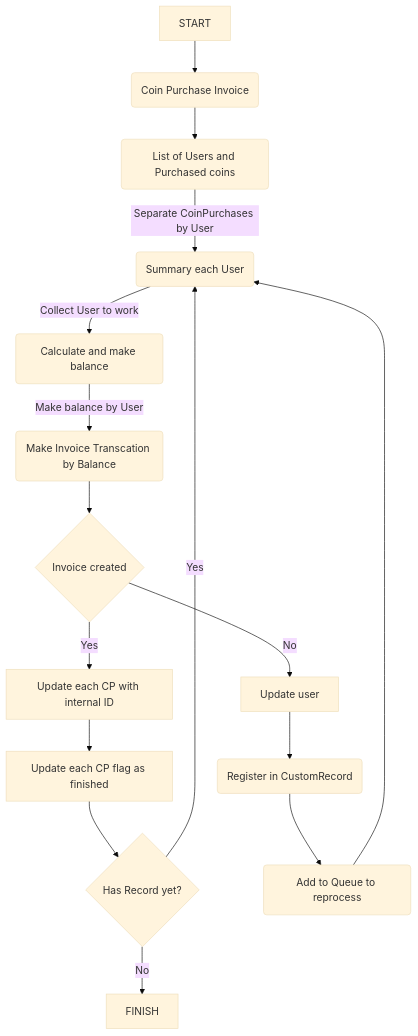
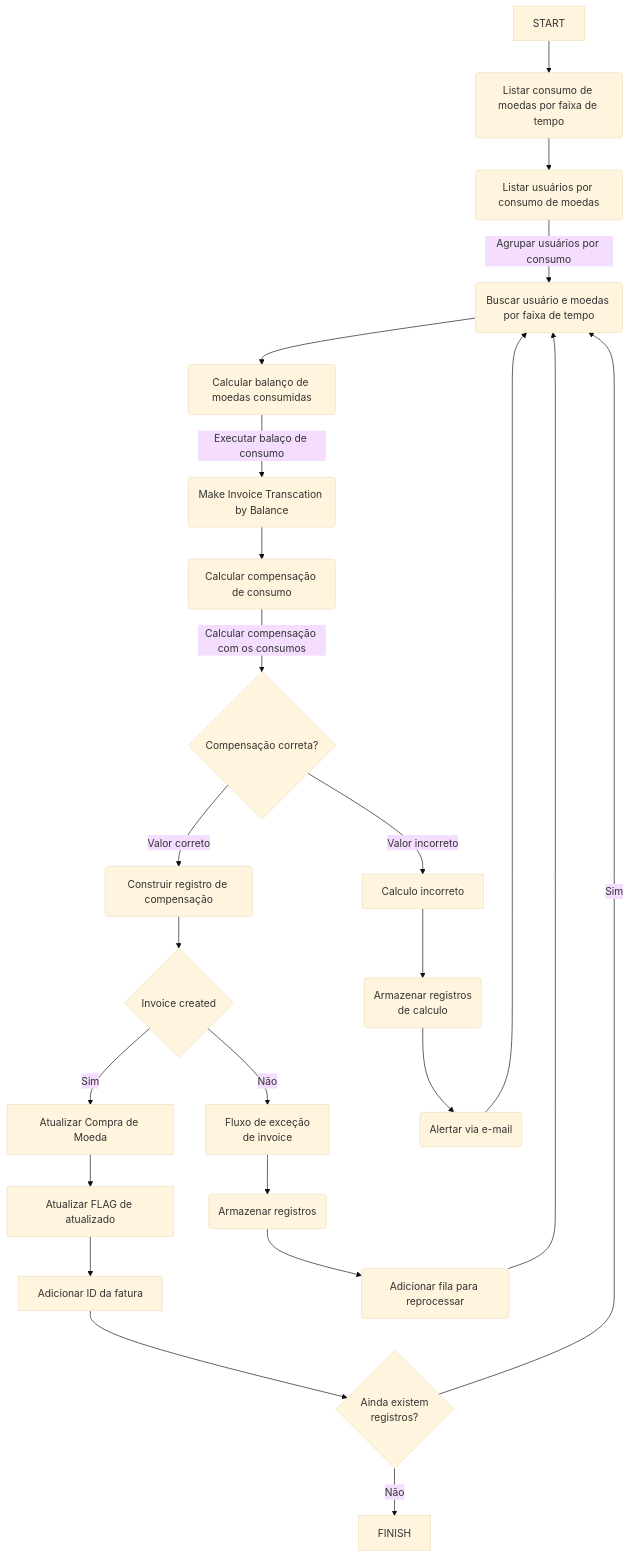
One commit to Prompt-Solucoes-Informatica-NetSuite/GetNinjas changed the diagram in src/Diagram/CoinPurchaseInvoice.md. Above: the diagram before and after it, drawn with Mermaid (base theme).

Commit message:
Update the diagram to work on it

````diff
--- a/src/Diagram/CoinPurchaseInvoice.md
+++ b/src/Diagram/CoinPurchaseInvoice.md
@@ -4,46 +4,72 @@
 ```mermaid
 
 flowchart
     Start[START] 
-        --> CoinPurchaseList(Coin Purchase Invoice)
+        --> CoinPurchaseList(Listar consumo de moedas por faixa de tempo)
         --> ListUser
         
-    ListUser(List of Users and Purchased coins) 
-        -->|Separate CoinPurchases by User| SummaryUser
+    ListUser(Listar usuários por consumo de moedas) 
+        -->|Agrupar usuários por consumo| SummaryUser
     
-    SummaryUser(Summary each User)
-        --> |Collect User to work| BuildBalance
+    SummaryUser(Buscar usuário e moedas por faixa de tempo)
+        --> BuildBalance
     
-    BuildBalance(Calculate and make balance) 
-        --> |Make balance by User| BuildInvoice(Make Invoice Transcation by Balance) 
-        --> IsCreatedInvoice{Invoice created}
+    BuildBalance(Calcular balanço de moedas consumidas) 
+        --> |Executar balaço de consumo| BuildInvoice(Make Invoice Transcation by Balance) 
+        --> BuildCompensation
+
+    BuildCompensation(Calcular compensação de consumo)
+        --> |Calcular compensação com os consumos| IsCompensationMatch
+
+    IsCompensationMatch{Compensação correta?}
+
+    IsCompensationMatch
+        --> |Valor correto| BuildCalculation(Construir registro de compensação)
+        --> IsCreatedInvoice
+
+    IsCompensationMatch
+        --> |Valor incorreto| ExceptionFlow02
+
+    IsCreatedInvoice{Invoice created}
+    IsCreatedInvoice
+        --> |Sim| UpdateCP
+    IsCreatedInvoice
+        --> |Não| ExceptionFlow01
+
+    UpdateCP[Atualizar Compra de Moeda]
+        --> UpdateCPFlag[Atualizar FLAG de atualizado]
+        --> UpdateCPInvoiceId[Adicionar ID da fatura]
+        --> RemainRecord{Ainda existem\n registros?}
+
+    ExceptionFlow01[Fluxo de exceção\n de invoice]
+    ExceptionFlow01
+        --> EF01Step01
+        --> EF01Step02
+        --> SummaryUser
+    
+    EF01Step01(Armazenar registros)
+    EF01Step02(Adicionar fila para reprocessar)
 
 
-    IsCreatedInvoice 
-        --> |Yes| UpdateCP[Update each CP with internal ID]
-        --> UpdateCPFlag[Update each CP flag as finished]
-        --> RemainRecord{Has Record yet?}
-
-    IsCreatedInvoice
-        --> |No| ExceptionFlow01[Update user]
-
-    ExceptionFlow01
-        --> EF01Step01
+    ExceptionFlow02[Calculo incorreto]
+    ExceptionFlow02
+        --> EF02Step01
         --> EF02Step02
         --> SummaryUser
 
-    EF01Step01(Register in CustomRecord)
-    EF02Step02(Add to Queue to reprocess)
+    EF02Step01(Armazenar registros \nde calculo)
+    EF02Step02(Alertar via e-mail)
+
 
     RemainRecord 
-        --> |Yes| SummaryUser
+        --> |Sim| SummaryUser
 
     RemainRecord
-        --> |No| Finish
+        --> |Não| Finish
 
 
 
 
     Finish[FINISH]
 
 ```
````
